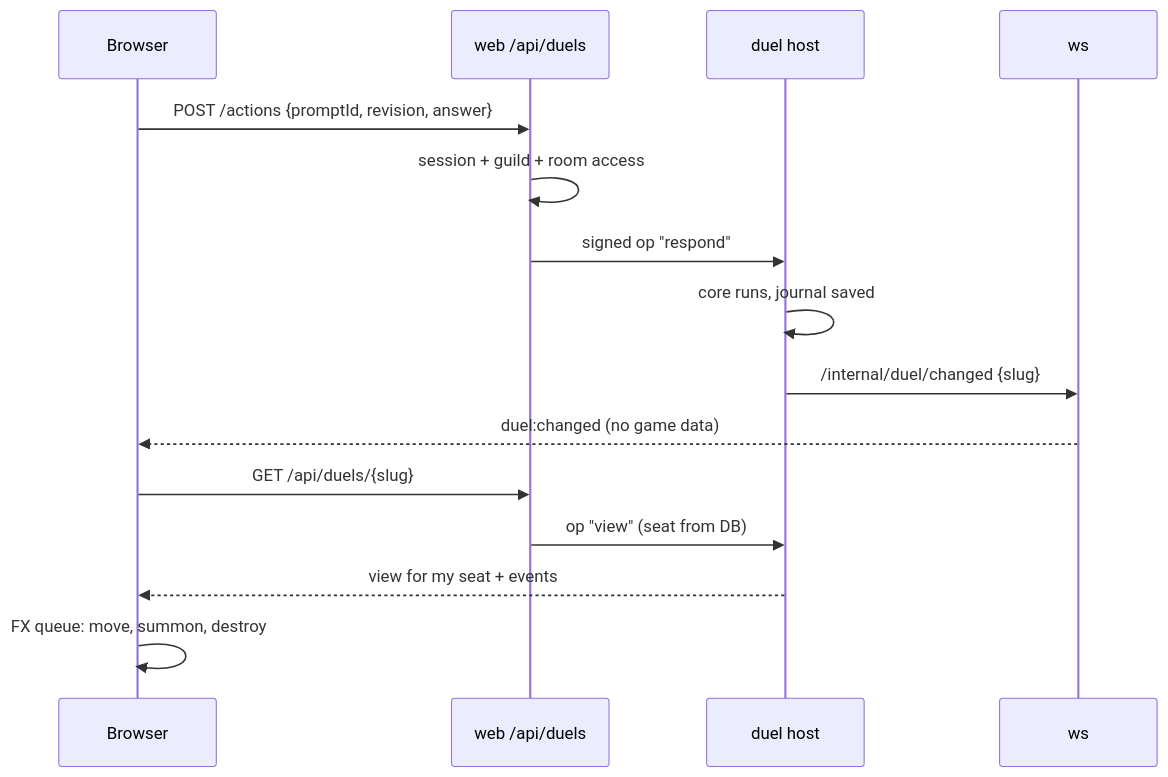
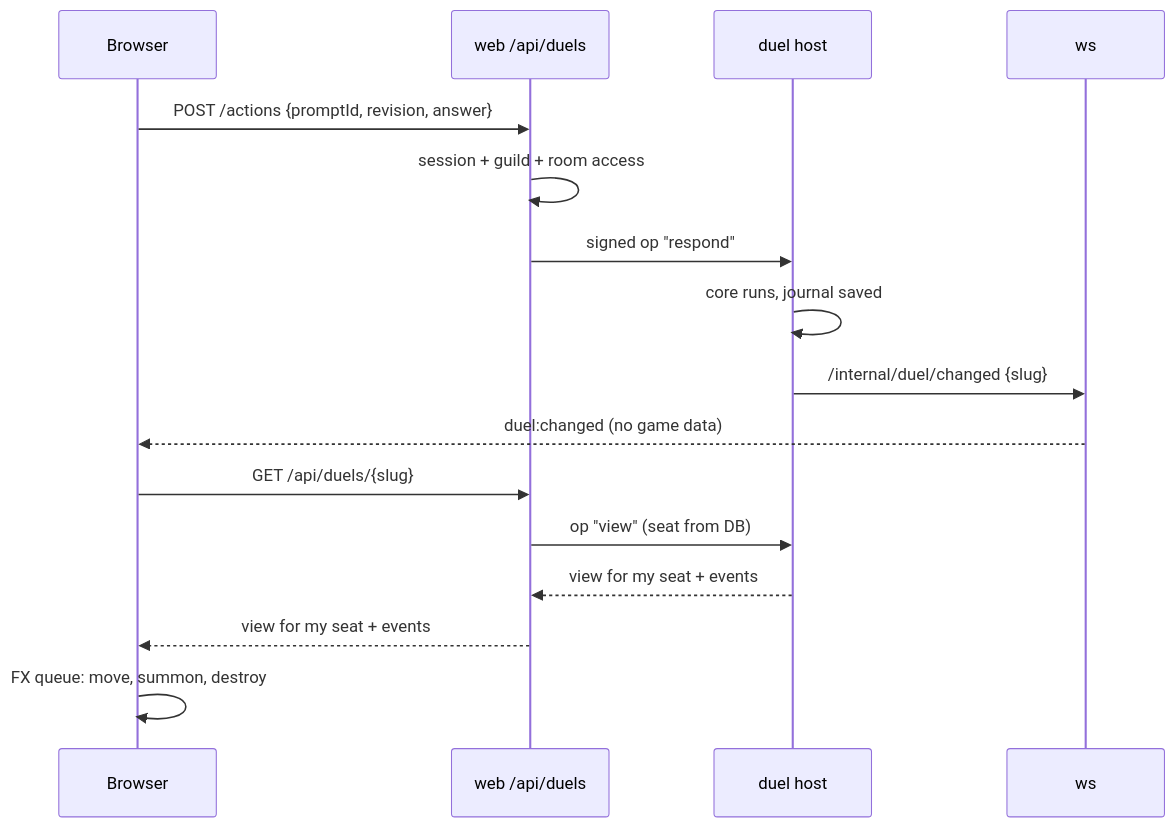
Before and after one commit to DuelingDomain/yugioh-bot: the third of 4 diagrams in docs/architecture.md, drawn with Mermaid. The commit also changed other lines of this file and 5 other files, not shown here.

First line of the commit message:
docs: review fixes for architecture, ADR status and context

````diff
--- a/docs/architecture.md
+++ b/docs/architecture.md
@@ -68,17 +68,18 @@
 ```mermaid
 sequenceDiagram
   participant B as Browser
   participant W as web /api/duels
   participant D as duel host
   participant S as ws
   B->>W: POST /actions {promptId, revision, answer}
   W->>W: session + guild + room access
   W->>D: signed op "respond"
   D->>D: core runs, journal saved
   D->>S: /internal/duel/changed {slug}
   S-->>B: duel:changed (no game data)
   B->>W: GET /api/duels/{slug}
   W->>D: op "view" (seat from DB)
-  D-->>B: view for my seat + events
+  D-->>W: view for my seat + events
+  W-->>B: view for my seat + events
   B->>B: FX queue: move, summon, destroy
 ```
````
